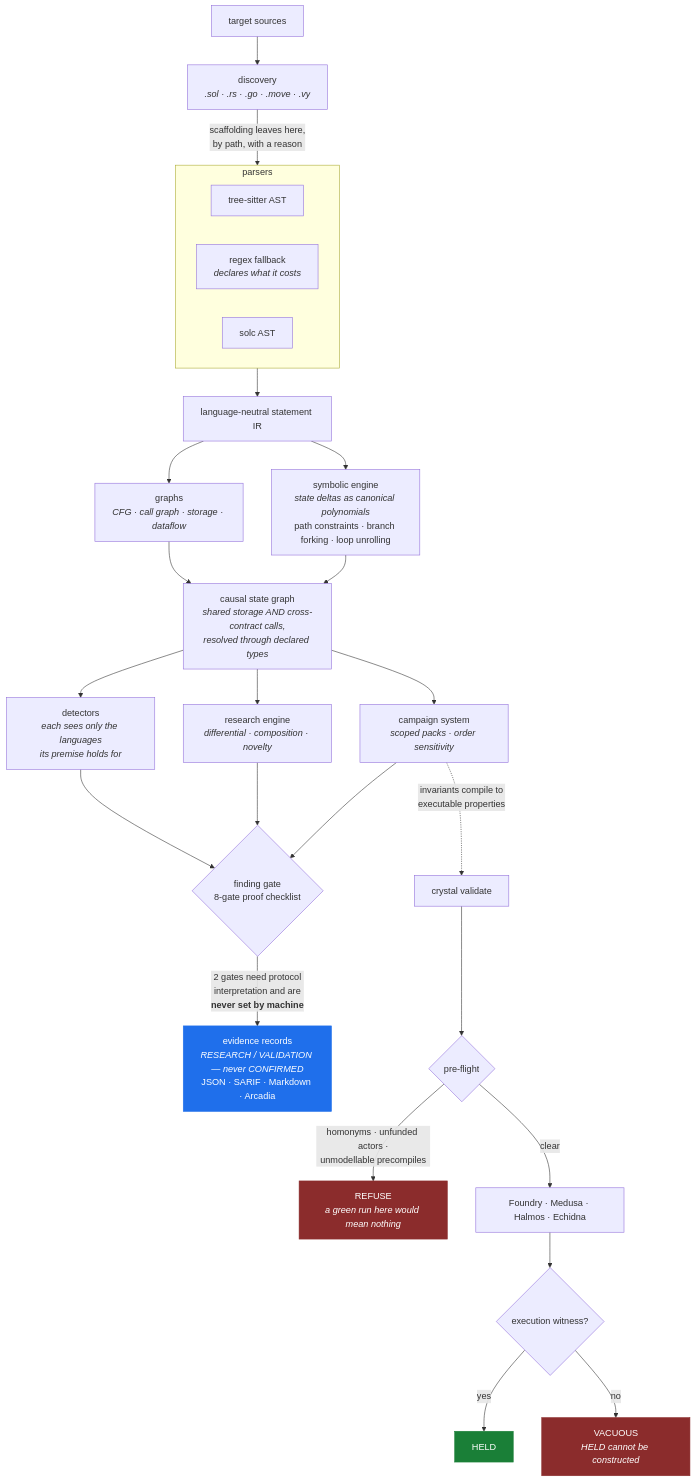
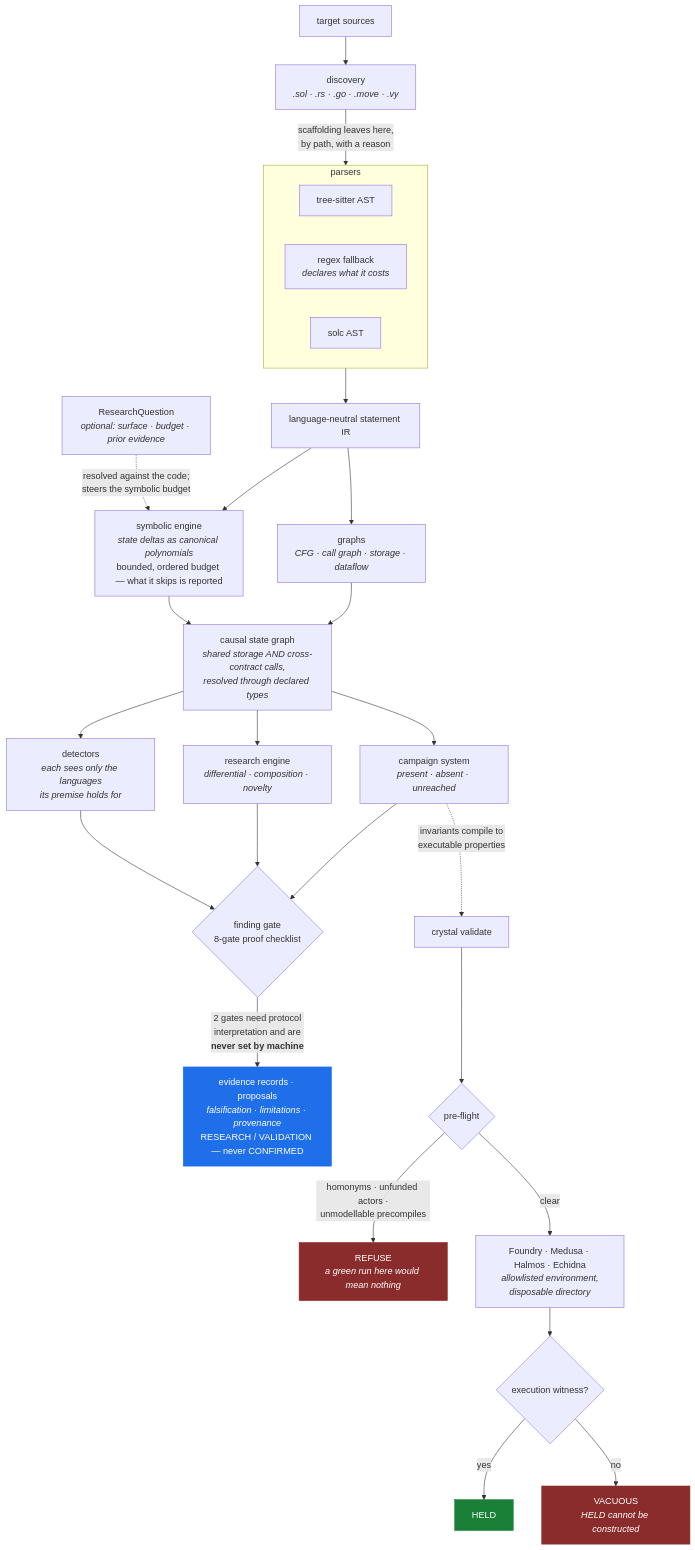
The third of 3 diagrams in README.md (Valisthea/crystal), drawn with Mermaid before and after one commit. The commit also changed other lines of this file, not shown here.

First line of the commit message:
README: rewritten for a public reader, every claim re-checked against the code

````diff
--- a/README.md
+++ b/README.md
@@ -343,43 +537,44 @@
 ```mermaid
 flowchart TD
+    Q["ResearchQuestion<br/><i>optional: surface · budget · prior evidence</i>"] -.->|"resolved against the code;<br/>steers the symbolic budget"| SYM
     SRC["target sources"] --> DISC["discovery<br/><i>.sol · .rs · .go · .move · .vy</i>"]
     DISC -->|"scaffolding leaves here,<br/>by path, with a reason"| PARSE
 
     subgraph PARSE ["parsers"]
         direction LR
         TS["tree-sitter AST"]
         RX["regex fallback<br/><i>declares what it costs</i>"]
         SOLC["solc AST"]
     end
 
     PARSE --> IR["language-neutral statement IR"]
-    IR --> SYM["symbolic engine<br/><i>state deltas as canonical polynomials</i><br/>path constraints · branch forking · loop unrolling"]
+    IR --> SYM["symbolic engine<br/><i>state deltas as canonical polynomials</i><br/>bounded, ordered budget — what it skips is reported"]
     IR --> GRAPH["graphs<br/><i>CFG · call graph · storage · dataflow</i>"]
     GRAPH --> STATE["causal state graph<br/><i>shared storage AND cross-contract calls,<br/>resolved through declared types</i>"]
     SYM --> STATE
 
     STATE --> DET["detectors<br/><i>each sees only the languages<br/>its premise holds for</i>"]
     STATE --> RESEARCH["research engine<br/><i>differential · composition · novelty</i>"]
-    STATE --> CAMP["campaign system<br/><i>scoped packs · order sensitivity</i>"]
+    STATE --> CAMP["campaign system<br/><i>present · absent · unreached</i>"]
 
     DET --> GATE
     RESEARCH --> GATE
     CAMP --> GATE
 
     GATE{"finding gate<br/>8-gate proof checklist"}
     GATE -->|"2 gates need protocol<br/>interpretation and are<br/><b>never set by machine</b>"| OUT
-    OUT["evidence records<br/><i>RESEARCH / VALIDATION — never CONFIRMED</i><br/>JSON · SARIF · Markdown · Arcadia"]
+    OUT["evidence records · proposals<br/><i>falsification · limitations · provenance</i><br/>RESEARCH / VALIDATION — never CONFIRMED"]
 
     CAMP -.->|"invariants compile to<br/>executable properties"| VAL["crystal validate"]
     VAL --> PRE{"pre-flight"}
     PRE -->|"homonyms · unfunded actors ·<br/>unmodellable precompiles"| REFUSE["REFUSE<br/><i>a green run here would mean nothing</i>"]
-    PRE -->|clear| BACK["Foundry · Medusa · Halmos · Echidna"]
+    PRE -->|clear| BACK["Foundry · Medusa · Halmos · Echidna<br/><i>allowlisted environment,<br/>disposable directory</i>"]
     BACK --> WIT{"execution witness?"}
     WIT -->|yes| HELD["HELD"]
     WIT -->|no| VAC["VACUOUS<br/><i>HELD cannot be constructed</i>"]
 
     style OUT fill:#1f6feb,color:#fff,stroke:#1f6feb
     style REFUSE fill:#8b2c2c,color:#fff,stroke:#8b2c2c
     style VAC fill:#8b2c2c,color:#fff,stroke:#8b2c2c
     style HELD fill:#1a7f37,color:#fff,stroke:#1a7f37
 ```
````
